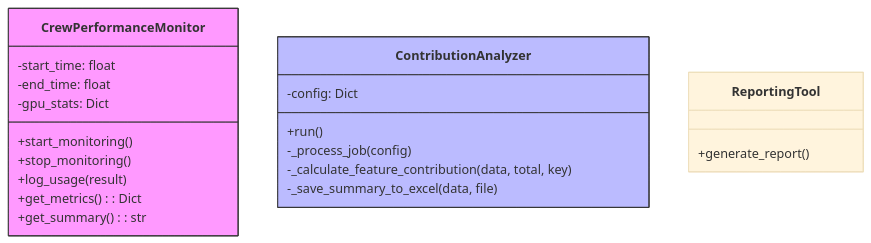
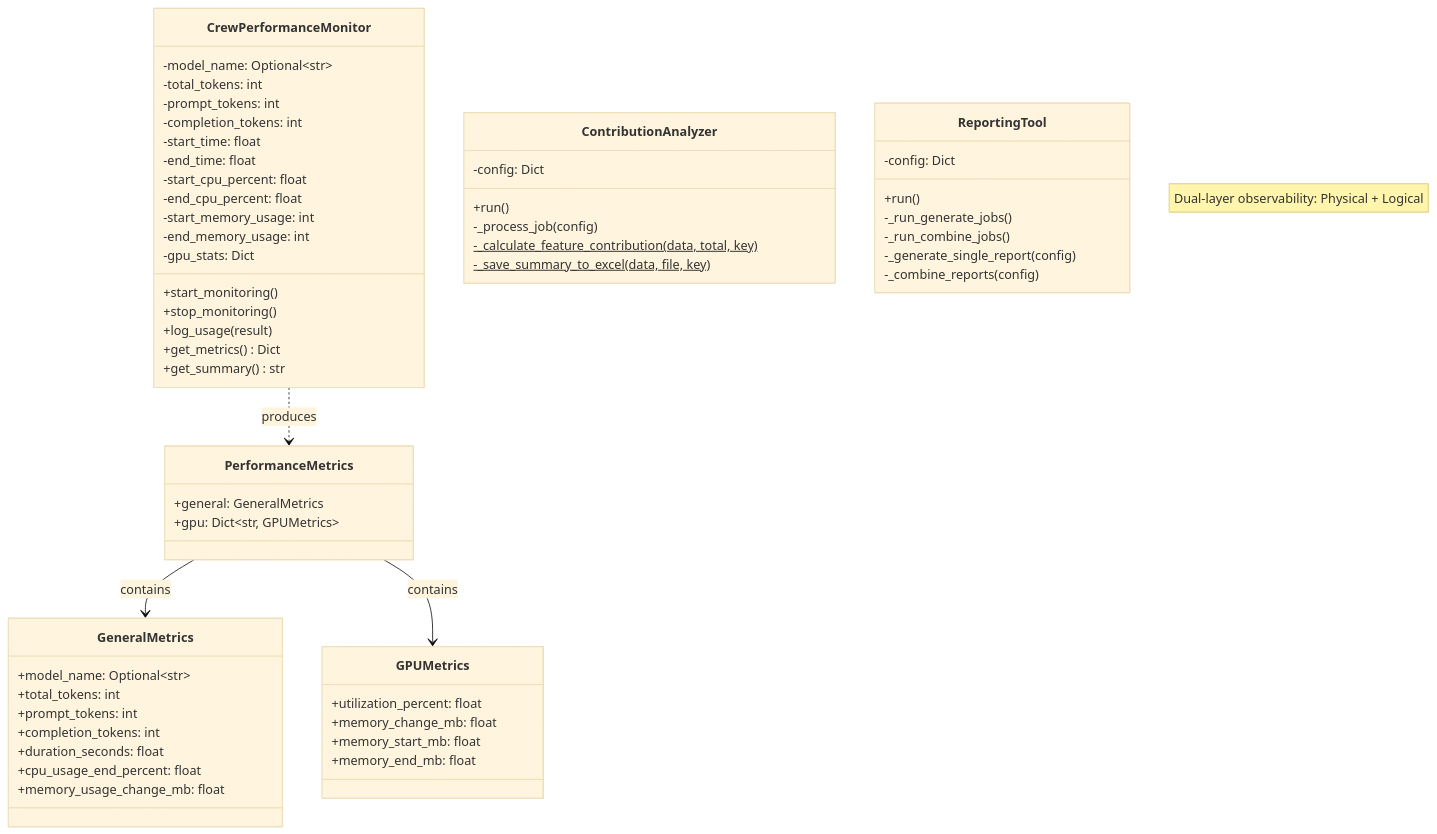
Before and after one commit to NikhilVijayakumar/Amsha: the second of 6 diagrams in docs/paper/modules/crew_monitor/architecture.md, drawn with Mermaid. The commit also changed other lines of this file and 24 other files, not shown here.

````diff
--- a/docs/paper/modules/crew_monitor/architecture.md
+++ b/docs/paper/modules/crew_monitor/architecture.md
@@ -9,29 +78,67 @@
 ```mermaid
 %%{init: {'theme': 'base'}}%%
 classDiagram
+    note "Dual-layer observability: Physical + Logical"
+
     class CrewPerformanceMonitor {
+        -model_name: Optional~str~
+        -total_tokens: int
+        -prompt_tokens: int
+        -completion_tokens: int
         -start_time: float
         -end_time: float
+        -start_cpu_percent: float
+        -end_cpu_percent: float
+        -start_memory_usage: int
+        -end_memory_usage: int
         -gpu_stats: Dict
         +start_monitoring()
         +stop_monitoring()
         +log_usage(result)
-        +get_metrics(): Dict
-        +get_summary(): str
+        +get_metrics() Dict
+        +get_summary() str
     }
 
     class ContributionAnalyzer {
         -config: Dict
         +run()
         -_process_job(config)
-        -_calculate_feature_contribution(data, total, key)
-        -_save_summary_to_excel(data, file)
+        -_calculate_feature_contribution(data, total, key)$
+        -_save_summary_to_excel(data, file, key)$
     }
 
     class ReportingTool {
-        +generate_report()
+        -config: Dict
+        +run()
+        -_run_generate_jobs()
+        -_run_combine_jobs()
+        -_generate_single_report(config)
+        -_combine_reports(config)
     }
 
-    style CrewPerformanceMonitor fill:#f9f,stroke:#333
-    style ContributionAnalyzer fill:#bbf,stroke:#333
+    class GPUMetrics {
+        +utilization_percent: float
+        +memory_change_mb: float
+        +memory_start_mb: float
+        +memory_end_mb: float
+    }
+
+    class GeneralMetrics {
+        +model_name: Optional~str~
+        +total_tokens: int
+        +prompt_tokens: int
+        +completion_tokens: int
+        +duration_seconds: float
+        +cpu_usage_end_percent: float
+        +memory_usage_change_mb: float
+    }
+
+    class PerformanceMetrics {
+        +general: GeneralMetrics
+        +gpu: Dict~str, GPUMetrics~
+    }
+
+    CrewPerformanceMonitor ..> PerformanceMetrics : produces
+    PerformanceMetrics --> GeneralMetrics : contains
+    PerformanceMetrics --> GPUMetrics : contains
 ```
````
